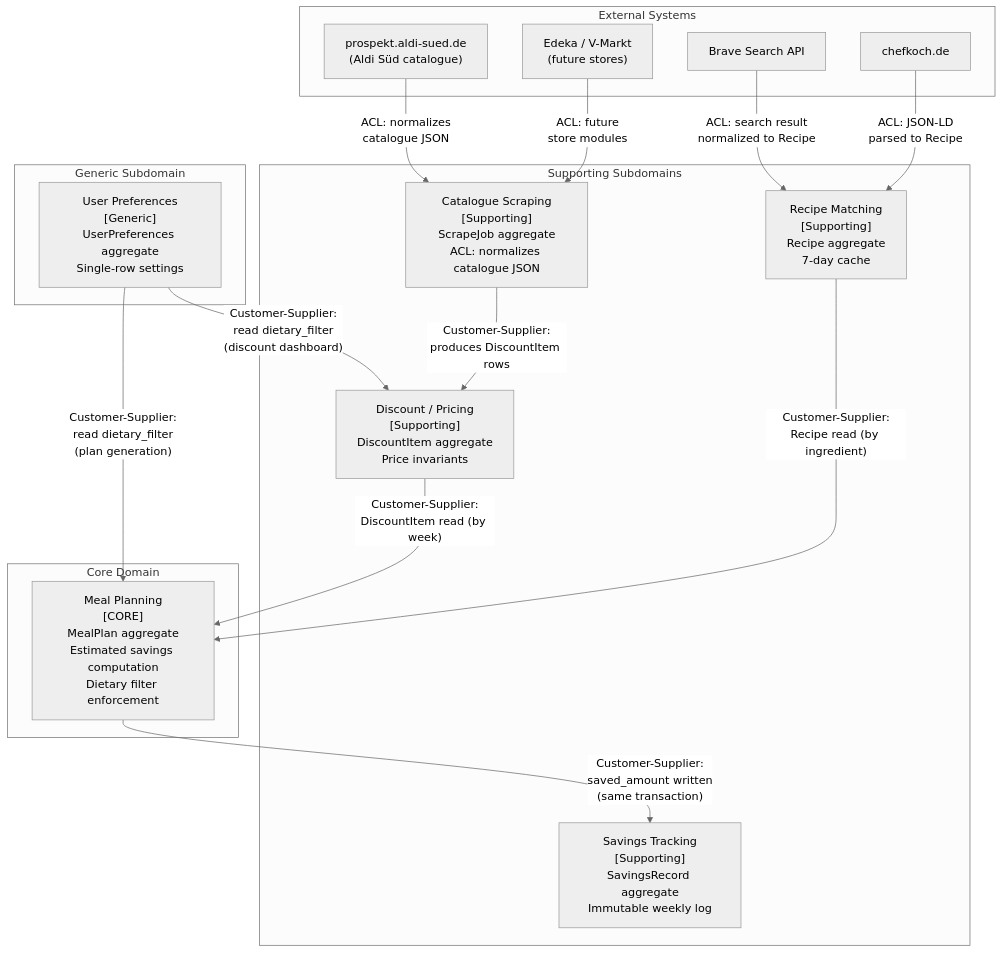
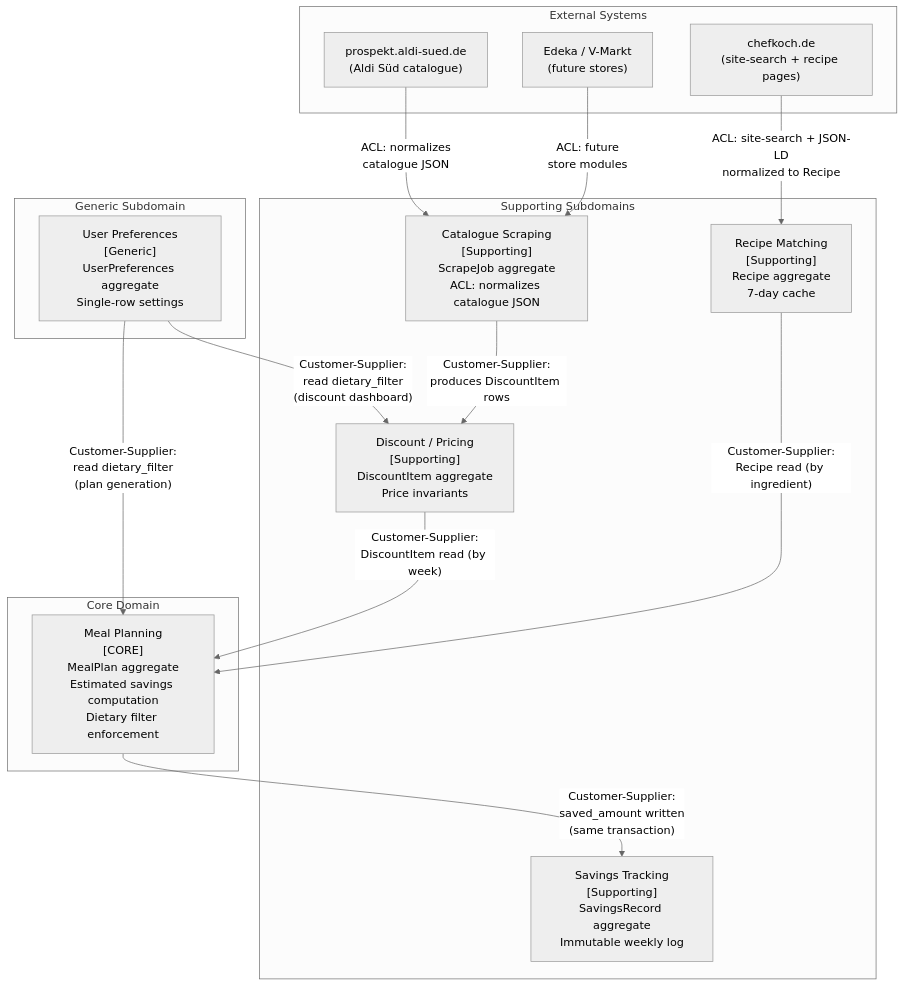
One commit to pehota/discount-hunt changed the third of 4 diagrams in docs/product/architecture/brief.md. Above: the diagram before and after it, drawn with Mermaid (neutral theme). The commit also changed other lines of this file and 6 other files, not shown here.

````diff
--- a/docs/product/architecture/brief.md
+++ b/docs/product/architecture/brief.md
@@ -373,35 +368,33 @@
 ```mermaid
 flowchart TB
     subgraph External["External Systems"]
         Prospekt["prospekt.aldi-sued.de\n(Aldi Süd catalogue)"]
         Edeka["Edeka / V-Markt\n(future stores)"]
-        Brave["Brave Search API"]
-        Chefkoch["chefkoch.de"]
+        Chefkoch["chefkoch.de\n(site-search + recipe pages)"]
     end
 
     subgraph Core["Core Domain"]
         MealPlanning["Meal Planning\n[CORE]\nMealPlan aggregate\nEstimated savings computation\nDietary filter enforcement"]
     end
 
     subgraph Supporting["Supporting Subdomains"]
         Scraping["Catalogue Scraping\n[Supporting]\nScrapeJob aggregate\nACL: normalizes catalogue JSON"]
         Discount["Discount / Pricing\n[Supporting]\nDiscountItem aggregate\nPrice invariants"]
         Recipe["Recipe Matching\n[Supporting]\nRecipe aggregate\n7-day cache"]
         Savings["Savings Tracking\n[Supporting]\nSavingsRecord aggregate\nImmutable weekly log"]
     end
 
     subgraph Generic["Generic Subdomain"]
         Prefs["User Preferences\n[Generic]\nUserPreferences aggregate\nSingle-row settings"]
     end
 
     Prospekt -->|"ACL: normalizes\ncatalogue JSON"| Scraping
     Edeka -->|"ACL: future\nstore modules"| Scraping
     Scraping -->|"Customer-Supplier:\nproduces DiscountItem rows"| Discount
     Discount -->|"Customer-Supplier:\nDiscountItem read (by week)"| MealPlanning
     Prefs -->|"Customer-Supplier:\nread dietary_filter\n(plan generation)"| MealPlanning
     Prefs -->|"Customer-Supplier:\nread dietary_filter\n(discount dashboard)"| Discount
-    Brave -->|"ACL: search result\nnormalized to Recipe"| Recipe
-    Chefkoch -->|"ACL: JSON-LD\nparsed to Recipe"| Recipe
+    Chefkoch -->|"ACL: site-search + JSON-LD\nnormalized to Recipe"| Recipe
     Recipe -->|"Customer-Supplier:\nRecipe read (by ingredient)"| MealPlanning
     MealPlanning -->|"Customer-Supplier:\nsaved_amount written\n(same transaction)"| Savings
 ```
````
